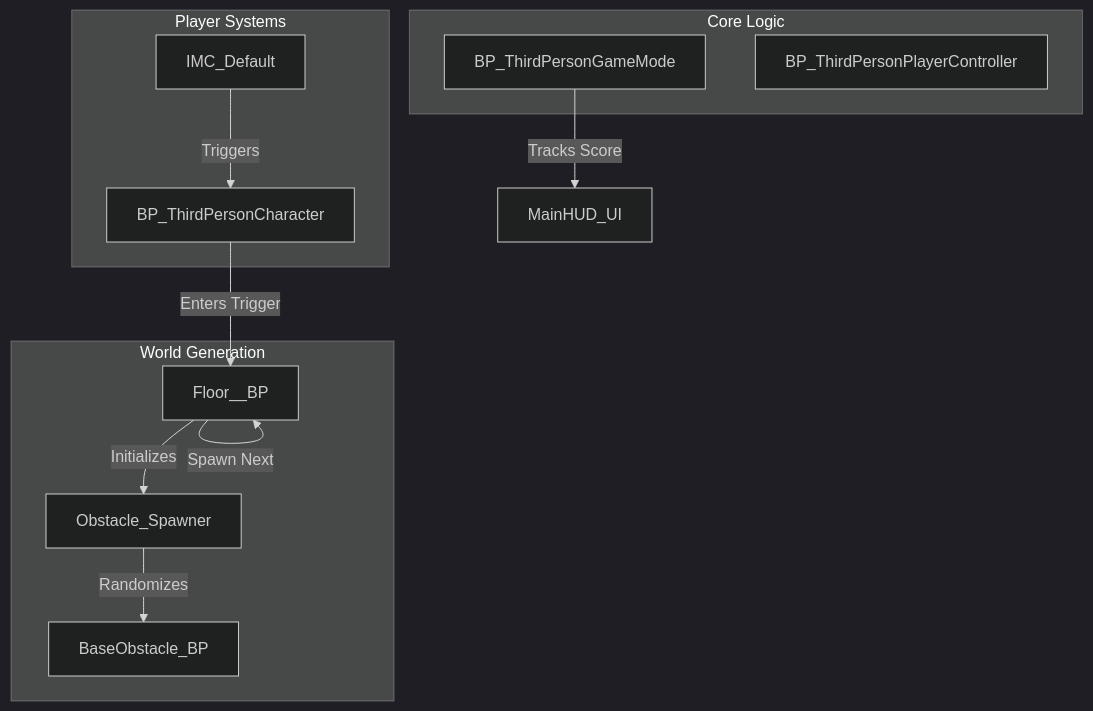
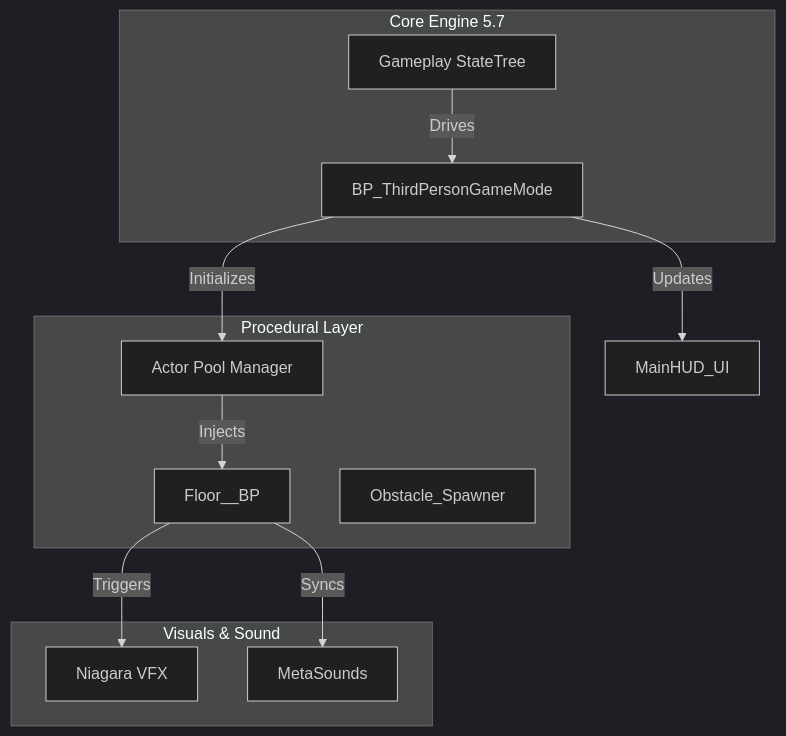
The diagram in README.md (Ares19v/EndlessRunner-UE5), drawn with Mermaid (dark theme) before and after one commit. The commit also changed other lines of this file, not shown here.

Commit message:
🚀 Engine Update: Optimized for Unreal Engine 5.7 & Gameplay StateTree Integration

````diff
--- a/README.md
+++ b/README.md
@@ -44,25 +41,25 @@
 ```mermaid
 graph TD
-    subgraph Core Logic
+    subgraph Core Engine 5.7
+        ST[Gameplay StateTree]
         GM[BP_ThirdPersonGameMode]
-        PC[BP_ThirdPersonPlayerController]
     end
 
-    subgraph World Generation
+    subgraph Procedural Layer
+        POOL[Actor Pool Manager]
         F[Floor__BP]
         S[Obstacle_Spawner]
-        O[BaseObstacle_BP]
     end
 
-    subgraph Player Systems
-        Char[BP_ThirdPersonCharacter]
-        Input[IMC_Default]
+    subgraph Visuals & Sound
+        N[Niagara VFX]
+        MS[MetaSounds]
     end
 
-    Input -->|Triggers| Char
-    Char -->|Enters Trigger| F
-    F -->|Spawn Next| F
-    GM -->|Tracks Score| HUD[MainHUD_UI]
-    F -->|Initializes| S
-    S -->|Randomizes| O
+    ST -->|Drives| GM
+    GM -->|Initializes| POOL
+    POOL -->|Injects| F
+    F -->|Triggers| N
+    F -->|Syncs| MS
+    GM -->|Updates| HUD[MainHUD_UI]
 ```
````
